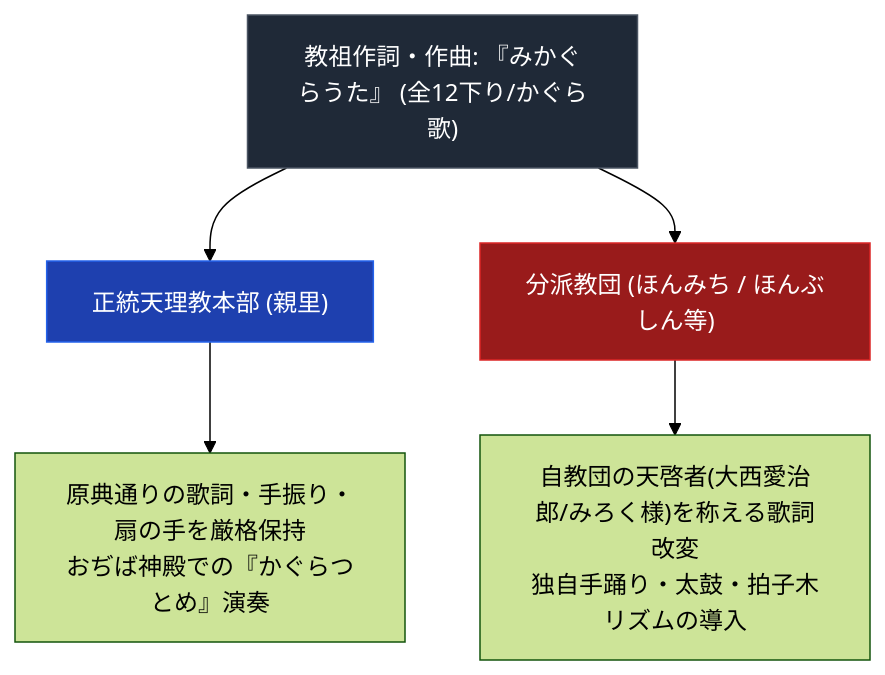
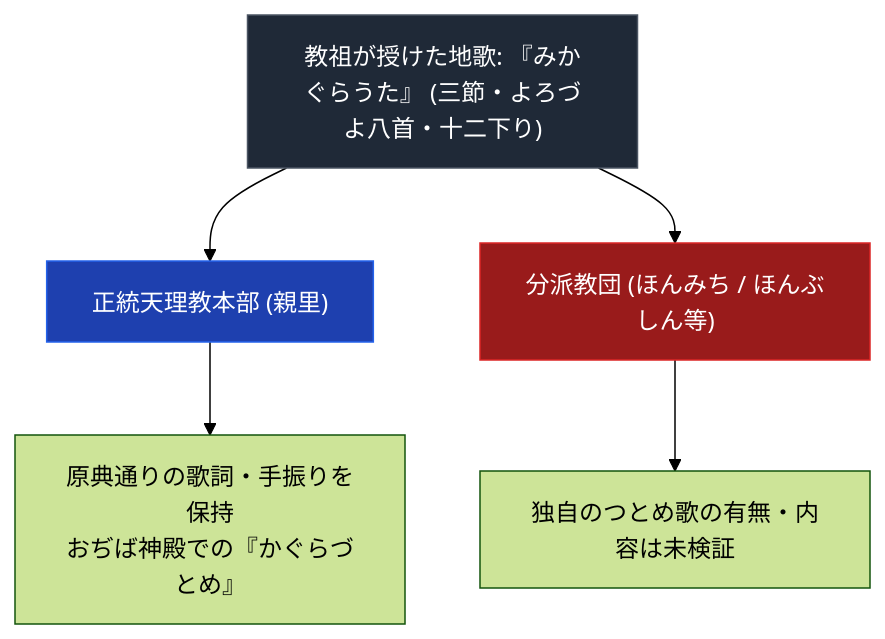
The diagram in content/01_宗派・異端研究/10_概念・原典・事件・拠点/みかぐらうた.md (iida-masashi/religion-garden), drawn with Mermaid (forest theme) before and after one commit. The commit also changed other lines of this file and 251 other files, not shown here.

````diff
--- a/content/01_宗派・異端研究/10_概念・原典・事件・拠点/みかぐらうた.md
+++ b/content/01_宗派・異端研究/10_概念・原典・事件・拠点/みかぐらうた.md
@@ -22,12 +24,12 @@
 ```mermaid
 graph TD
-    A["<div style='color:#ffffff;'>教祖作詞・作曲: 『みかぐらうた』 (全12下り/かぐら歌)</div>"] --> B1["<div style='color:#ffffff;'>正統天理教本部 (親里)</div>"]
+    A["<div style='color:#ffffff;'>教祖が授けた地歌: 『みかぐらうた』 (三節・よろづよ八首・十二下り)</div>"] --> B1["<div style='color:#ffffff;'>正統天理教本部 (親里)</div>"]
     A --> B2["<div style='color:#ffffff;'>分派教団 (ほんみち / ほんぶしん等)</div>"]
-    
-    B1 --> C1["原典通りの歌詞・手振り・扇の手を厳格保持<br>おぢば神殿での『かぐらつとめ』演奏"]
-    B2 --> C2["自教団の天啓者(大西愛治郎/みろく様)を称える歌詞改変<br>独自手踊り・太鼓・拍子木リズムの導入"]
-    
+
+    B1 --> C1["原典通りの歌詞・手振りを保持<br>おぢば神殿での『かぐらづとめ』"]
+    B2 --> C2["独自のつとめ歌の有無・内容は未検証"]
+
     style A fill:#1f2937,stroke:#4b5563,color:#fff
     style B1 fill:#1e40af,stroke:#2563eb,color:#fff
     style B2 fill:#991b1b,stroke:#dc2626,color:#fff
 ```
````
